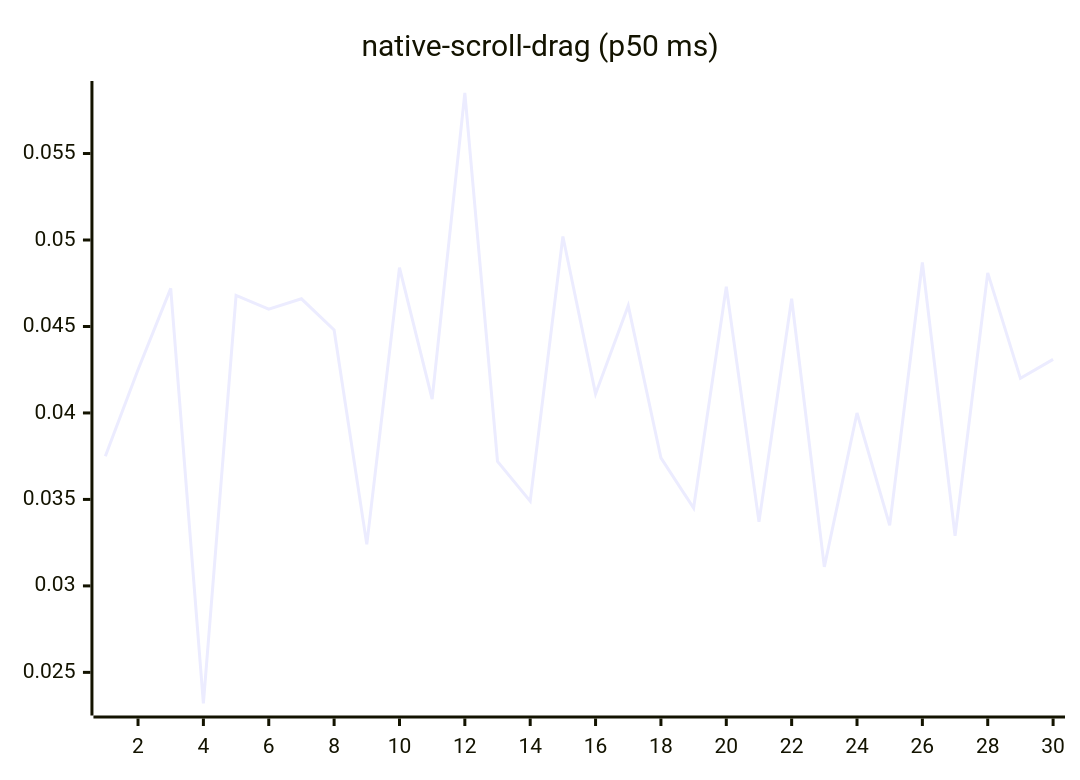
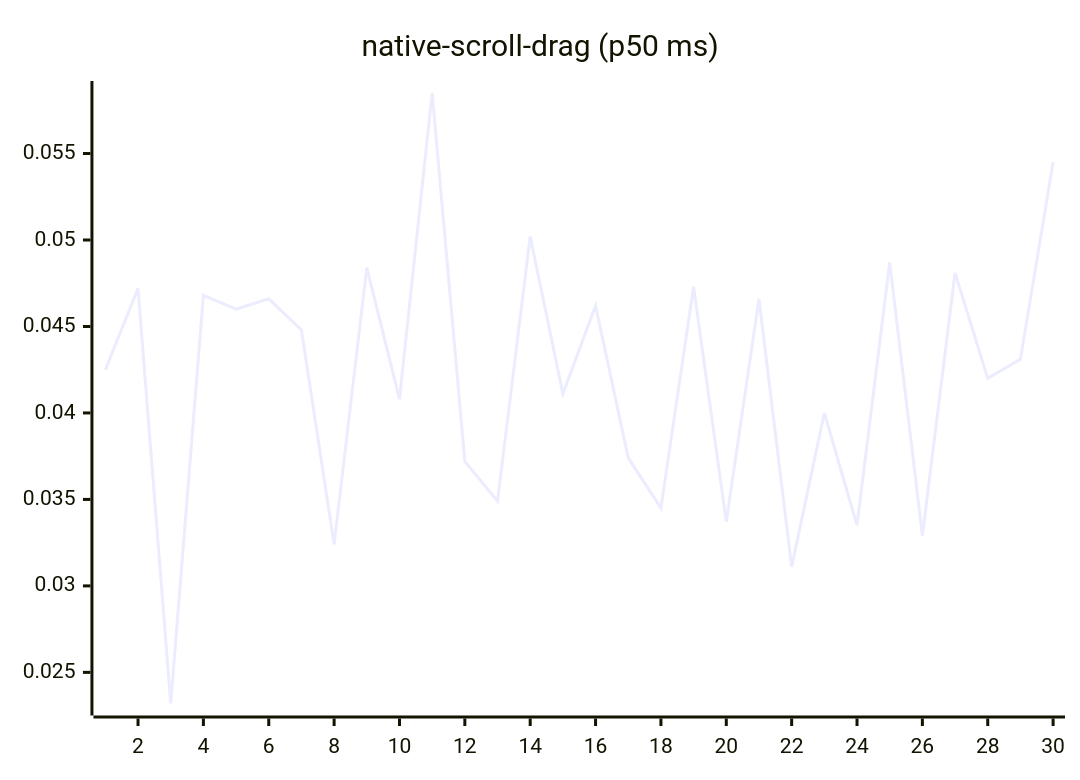
Before and after one commit to josha/Facet: diagram 14 of 27 in README.md, drawn with Mermaid. The commit also changed other lines of this file and 2 other files, not shown here.

````diff
--- a/README.md
+++ b/README.md
@@ -154,6 +154,6 @@
 ```mermaid
 xychart-beta
     title "native-scroll-drag (p50 ms)"
     x-axis 1 --> 30
-    line [0.0375, 0.0425, 0.0472, 0.0232, 0.0468, 0.0460, 0.0466, 0.0448, 0.0324, 0.0484, 0.0408, 0.0585, 0.0372, 0.0349, 0.0502, 0.0411, 0.0462, 0.0374, 0.0345, 0.0473, 0.0337, 0.0466, 0.0311, 0.0400, 0.0335, 0.0487, 0.0329, 0.0481, 0.0420, 0.0431]
+    line [0.0425, 0.0472, 0.0232, 0.0468, 0.0460, 0.0466, 0.0448, 0.0324, 0.0484, 0.0408, 0.0585, 0.0372, 0.0349, 0.0502, 0.0411, 0.0462, 0.0374, 0.0345, 0.0473, 0.0337, 0.0466, 0.0311, 0.0400, 0.0335, 0.0487, 0.0329, 0.0481, 0.0420, 0.0431, 0.0545]
 ```
````
